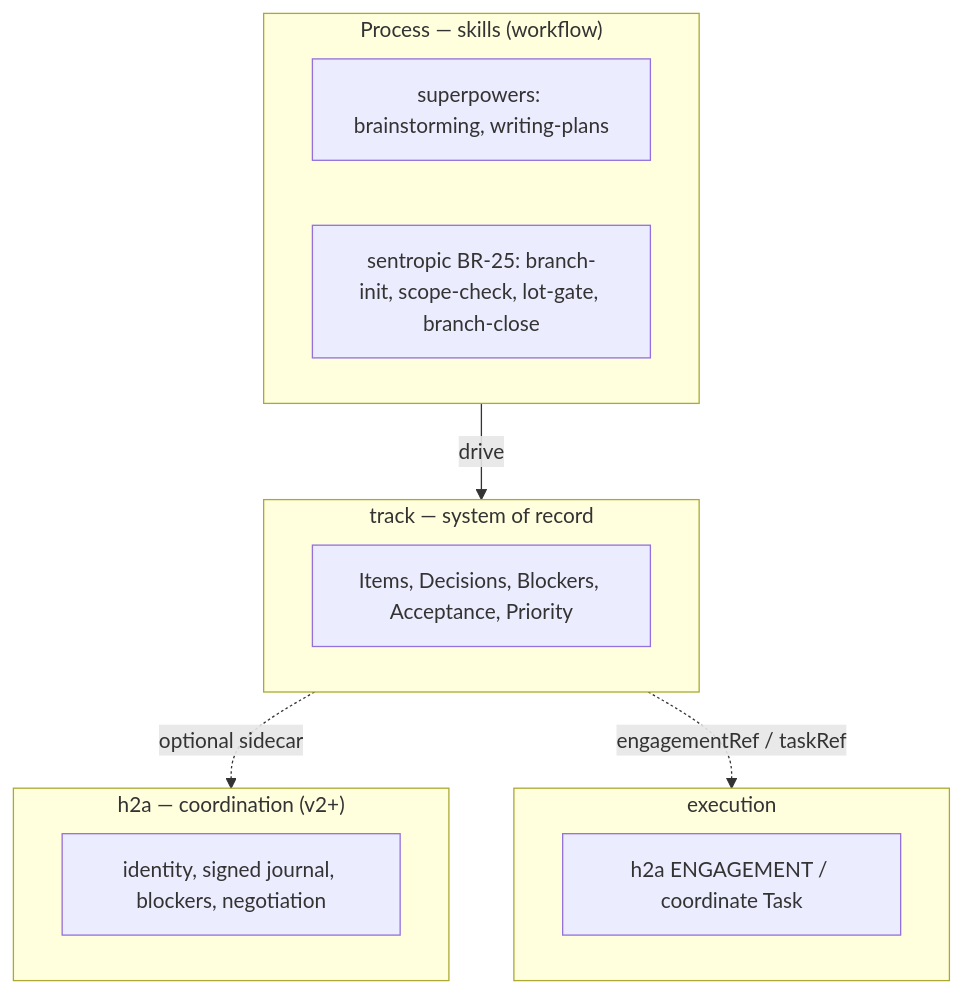
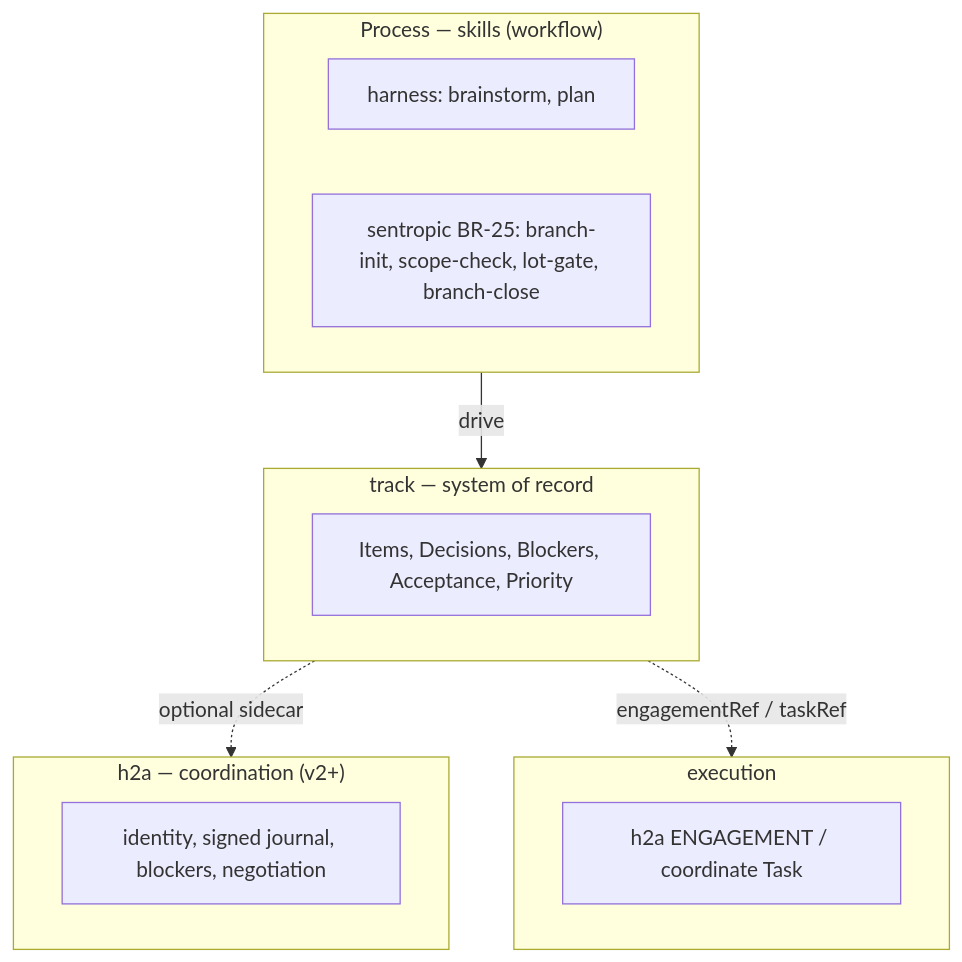
One commit to rhanka/h2a changed the first of 2 diagrams in packages/track/INTENTION.md. Above: the diagram before and after it, drawn with Mermaid. The commit also changed other lines of this file and 11 other files, not shown here.

Commit message:
chore: make harness replace legacy superpowers defaults

````diff
--- a/packages/track/INTENTION.md
+++ b/packages/track/INTENTION.md
@@ -29,19 +29,19 @@
 ```mermaid
 flowchart TB
   subgraph Process["Process — skills (workflow)"]
-    BS["superpowers: brainstorming, writing-plans"]
+    BS["harness: brainstorm, plan"]
     BR["sentropic BR-25: branch-init, scope-check, lot-gate, branch-close"]
   end
   subgraph Record["track — system of record"]
     TRK["Items, Decisions, Blockers, Acceptance, Priority"]
   end
   subgraph Coord["h2a — coordination (v2+)"]
     H2A["identity, signed journal, blockers, negotiation"]
   end
   subgraph Exec["execution"]
     ENG["h2a ENGAGEMENT / coordinate Task"]
   end
   Process -->|drive| Record
   Record -.->|optional sidecar| Coord
   Record -.->|engagementRef / taskRef| Exec
 ```
````
